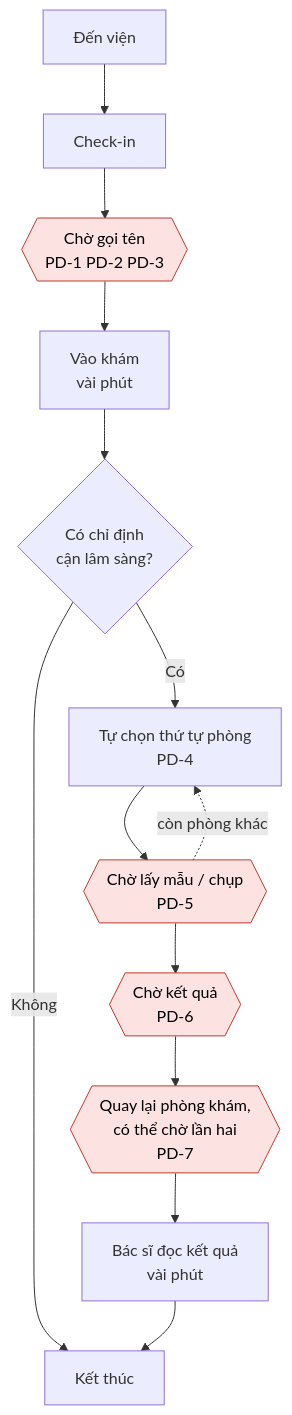
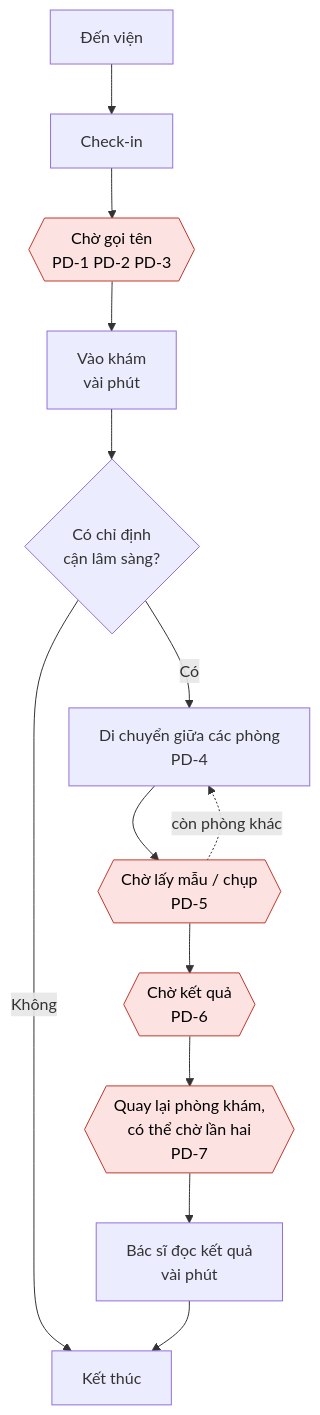
One commit to khanhmay004/vinmec-exploration-sprint changed the second of 2 diagrams in 02-journey-map/journey-map.md. Above: the diagram before and after it, drawn with Mermaid. The commit also changed other lines of this file and 16 other files, not shown here.

````diff
--- a/02-journey-map/journey-map.md
+++ b/02-journey-map/journey-map.md
@@ -67,18 +65,18 @@
 ```mermaid
 flowchart TD
     A[Đến viện] --> B[Check-in]
     B --> C{{"Chờ gọi tên<br/>PD-1 PD-2 PD-3"}}
     C --> D[Vào khám<br/>vài phút]
     D --> E{Có chỉ định<br/>cận lâm sàng?}
     E -- Không --> I[Kết thúc]
-    E -- Có --> F["Tự chọn thứ tự phòng<br/>PD-4"]
+    E -- Có --> F["Di chuyển giữa các phòng<br/>PD-4"]
     F --> G{{"Chờ lấy mẫu / chụp<br/>PD-5"}}
     G --> H{{"Chờ kết quả<br/>PD-6"}}
     H --> J{{"Quay lại phòng khám,<br/>có thể chờ lần hai<br/>PD-7"}}
     J --> K[Bác sĩ đọc kết quả<br/>vài phút]
     K --> I
     G -. còn phòng khác .-> F
 
     classDef wait fill:#fde2e2,stroke:#c0392b,color:#000;
     class C,G,H,J wait;
 ```
````
